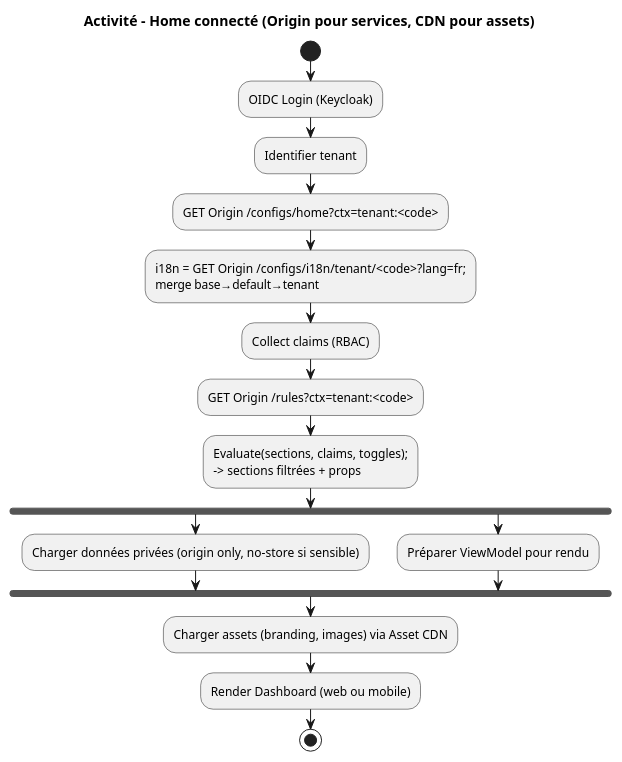
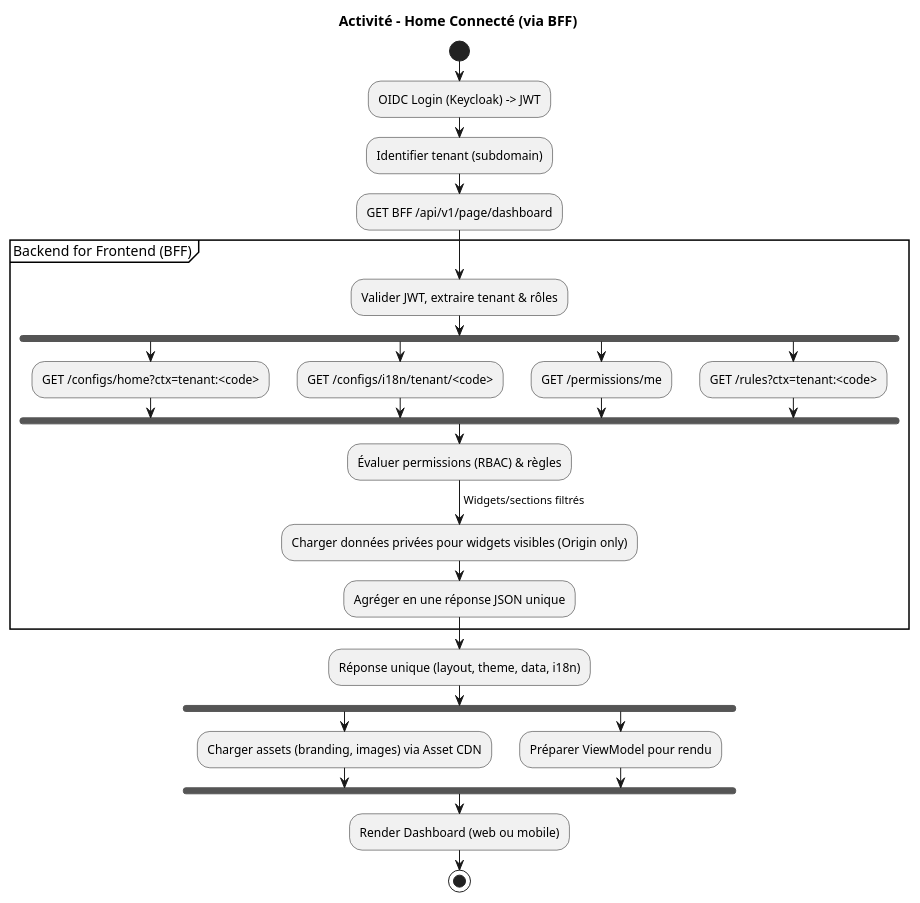
The diagram in tchalanet-docs/docs/architecture/home_connected_page_activity.puml (bhebb/tchalanet), drawn with PlantUML before and after one commit. The commit also changed 617 other files, not shown here.

```diff
--- a/tchalanet-docs/docs/architecture/home_connected_page_activity.puml
+++ b/tchalanet-docs/docs/architecture/home_connected_page_activity.puml
@@ -1,24 +1,41 @@
 @startuml
-title Activité - Home connecté (Origin pour services, CDN pour assets)
+title Activité - Home Connecté (via BFF)
 
 start
-:OIDC Login (Keycloak);
-:Identifier tenant;
+:OIDC Login (Keycloak) -> JWT;
+:Identifier tenant (subdomain);
 
-:GET Origin /configs/home?ctx=tenant:<code>;
-:i18n = GET Origin /configs/i18n/tenant/<code>?lang=fr;\nmerge base→default→tenant;
+:GET BFF /api/v1/page/dashboard;
 
-:Collect claims (RBAC);
-:GET Origin /rules?ctx=tenant:<code>;
-:Evaluate(sections, claims, toggles);\n-> sections filtrées + props;
+partition "Backend for Frontend (BFF)" {
+  :Valider JWT, extraire tenant & rôles;
+  fork
+    :GET /configs/home?ctx=tenant:<code>;
+  fork again
+    :GET /configs/i18n/tenant/<code>;
+  fork again
+    :GET /permissions/me;
+  fork again
+    :GET /rules?ctx=tenant:<code>;
+  end fork
+
+  :Évaluer permissions (RBAC) & règles;
+  -> Widgets/sections filtrés;
+
+  :Charger données privées pour widgets visibles (Origin only);
+
+  :Agréger en une réponse JSON unique;
+}
+
+:Réponse unique (layout, theme, data, i18n);
 
 fork
-  :Charger données privées (origin only, no-store si sensible);
+  :Charger assets (branding, images) via Asset CDN;
 fork again
   :Préparer ViewModel pour rendu;
 end fork
 
-:Charger assets (branding, images) via Asset CDN;
 :Render Dashboard (web ou mobile);
+
 stop
 @enduml
```
